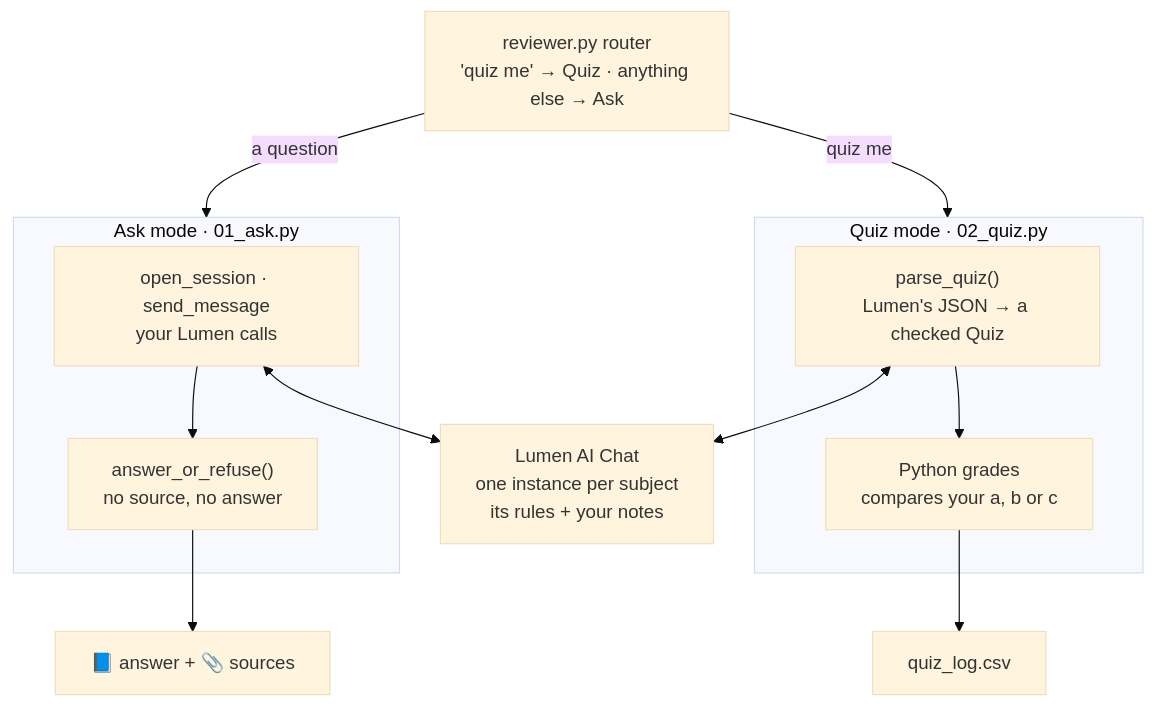
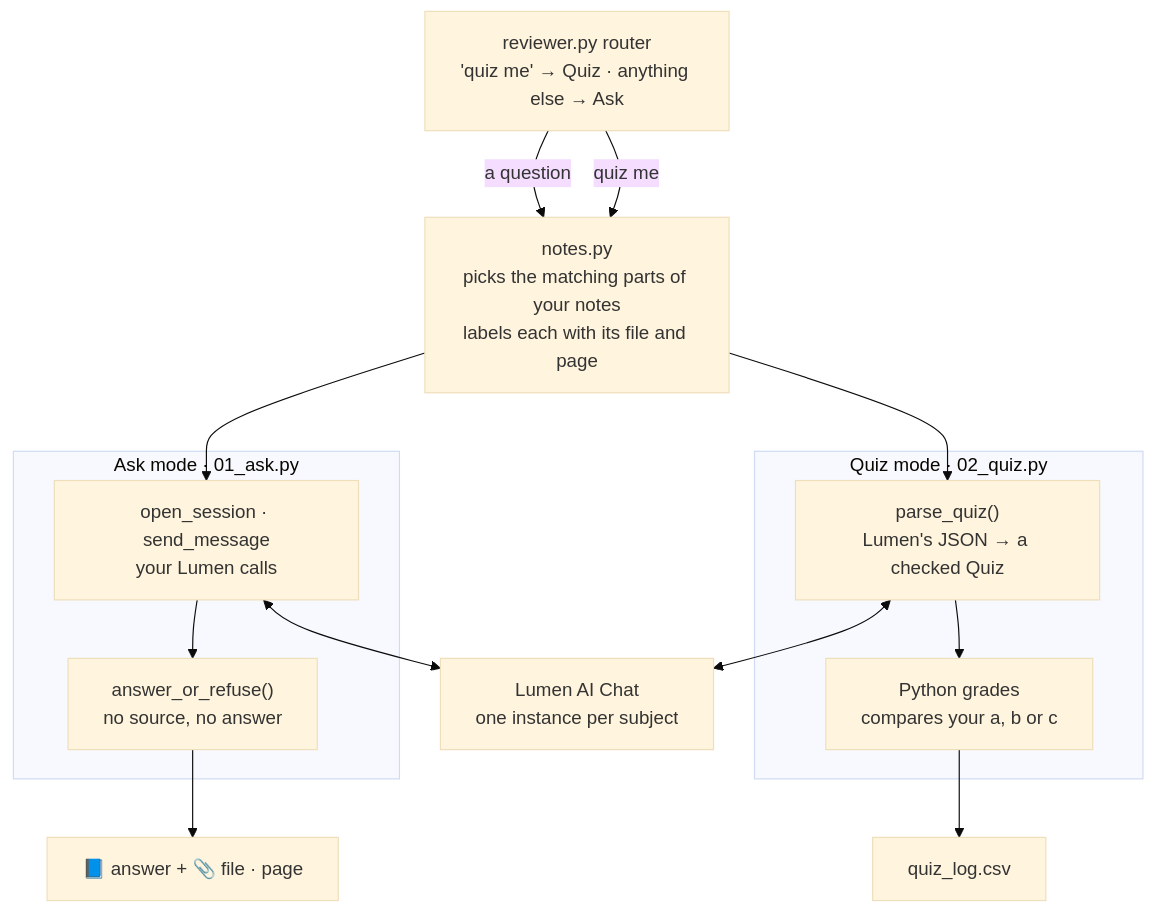
The diagram in MODULE.md (Agent-Builders-PH/Reviewer-Agent-Demo), drawn with Mermaid (base theme) before and after one commit. The commit also changed other lines of this file and 17 other files, not shown here.

Commit message:
Notes travel in code: notes.py sends the matching notes with each question (2,000-char messages), the Source: line is checked against what was sent; generic instance persona

````diff
--- a/MODULE.md
+++ b/MODULE.md
@@ -81,19 +81,22 @@
 ```mermaid
 flowchart TB
-    U["reviewer.py router<br/>'quiz me' → Quiz · anything else → Ask"] -- a question --> A
-    U -- quiz me --> Q
+    U["reviewer.py router<br/>'quiz me' → Quiz · anything else → Ask"] -- a question --> N
+    U -- quiz me --> N
+    N["notes.py<br/>picks the matching parts of your notes<br/>labels each with its file and page"]
     subgraph A [Ask mode · 01_ask.py]
       S["open_session · send_message<br/>your Lumen calls"]
       G["answer_or_refuse()<br/>no source, no answer"]
       S --> G
     end
     subgraph Q [Quiz mode · 02_quiz.py]
       P["parse_quiz()<br/>Lumen's JSON → a checked Quiz"]
       PY["Python grades<br/>compares your a, b or c"]
       P --> PY
     end
-    S <--> L["Lumen AI Chat<br/>one instance per subject<br/>its rules + your notes"]
+    N --> S
+    N --> P
+    S <--> L["Lumen AI Chat<br/>one instance per subject"]
     P <--> L
-    G --> OUT1["📘 answer + 📎 sources"]
+    G --> OUT1["📘 answer + 📎 file · page"]
     PY --> OUT2[quiz_log.csv]
 ```
````
